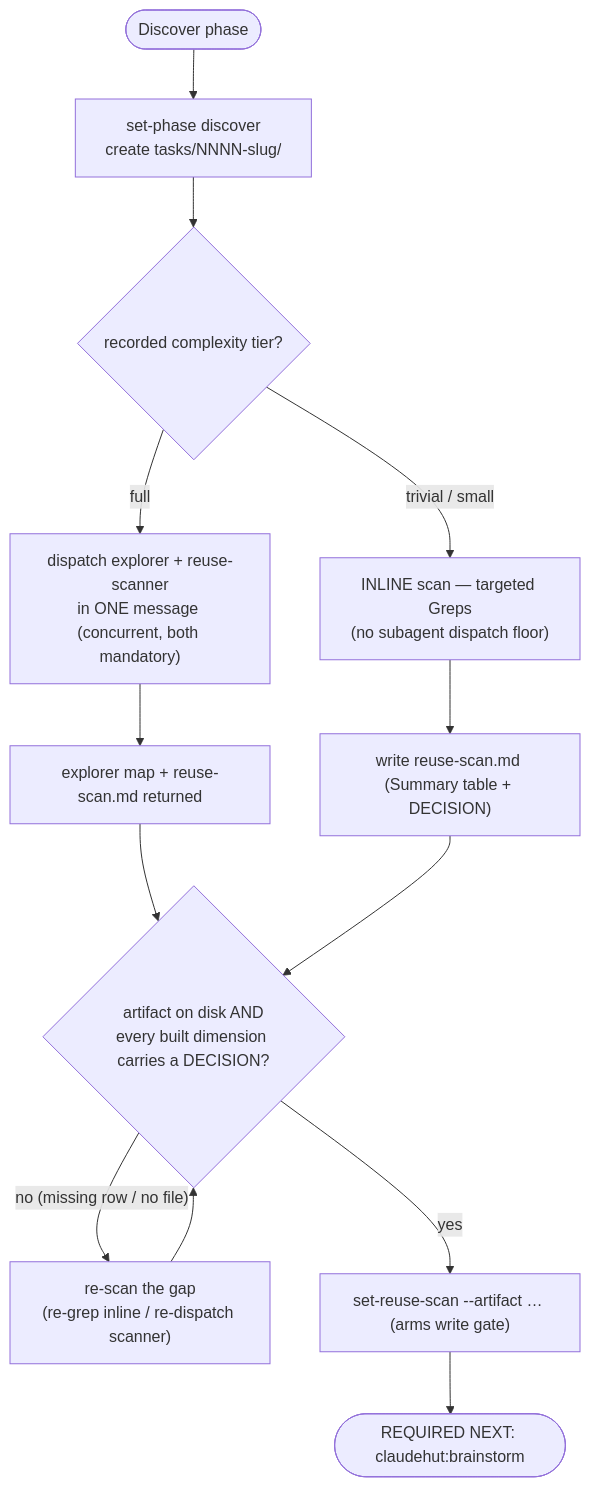
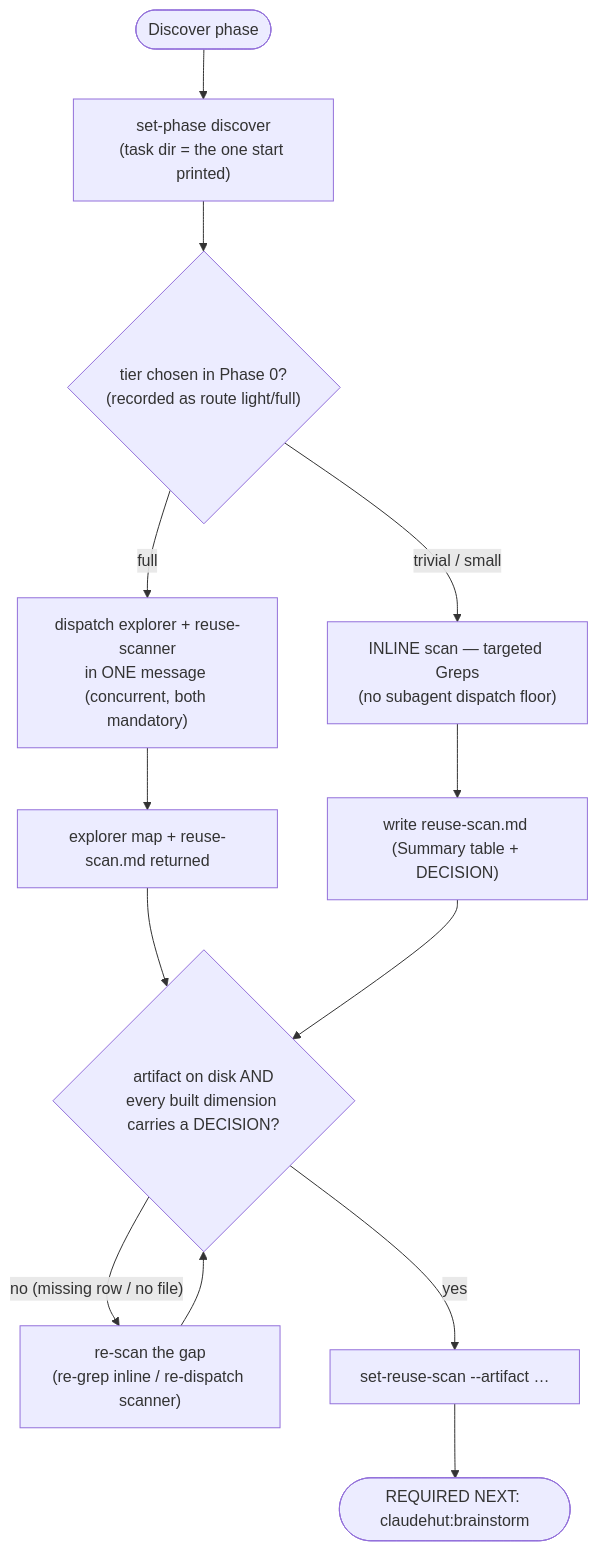
Before and after one commit to taipt1504/claudehut: the diagram in skills/discover/SKILL.md, drawn with Mermaid. The commit also changed other lines of this file and 75 other files, not shown here.

````diff
--- a/skills/discover/SKILL.md
+++ b/skills/discover/SKILL.md
@@ -44,15 +44,15 @@
 ```mermaid
 flowchart TB
-    start([Discover phase]) --> ph["set-phase discover<br/>create tasks/NNNN-slug/"]
-    ph --> tier{"recorded complexity tier?"}
+    start([Discover phase]) --> ph["set-phase discover<br/>(task dir = the one start printed)"]
+    ph --> tier{"tier chosen in Phase 0?<br/>(recorded as route light/full)"}
     tier -- "trivial / small" --> inl["INLINE scan — targeted Greps<br/>(no subagent dispatch floor)"]
     tier -- "full" --> fan["dispatch explorer + reuse-scanner<br/>in ONE message (concurrent, both mandatory)"]
     fan --> join["explorer map + reuse-scan.md returned"]
     inl --> wr["write reuse-scan.md (Summary table + DECISION)"]
     join --> grd{"artifact on disk AND<br/>every built dimension carries a DECISION?"}
     wr --> grd
     grd -- "no (missing row / no file)" --> rescan["re-scan the gap<br/>(re-grep inline / re-dispatch scanner)"]
     rescan --> grd
-    grd -- "yes" --> rec["set-reuse-scan --artifact … (arms write gate)"]
+    grd -- "yes" --> rec["set-reuse-scan --artifact …"]
     rec --> done([REQUIRED NEXT: claudehut:brainstorm])
 ```
````
